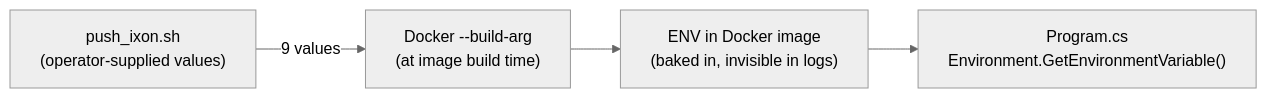
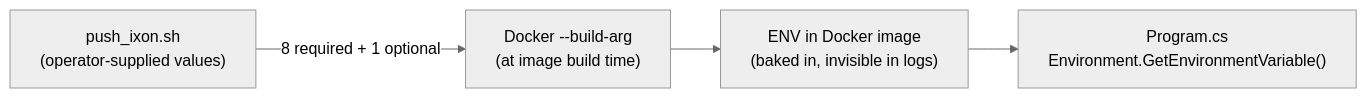
One commit to Rebel-it/rebel-ot-discover-edgeapp changed the first of 5 diagrams in docs/08_crosscutting_concepts.adoc. Above: the diagram before and after it, drawn with Mermaid (neutral theme). The commit also changed other lines of this file and 23 other files, not shown here.

```diff
--- a/docs/08_crosscutting_concepts.adoc
+++ b/docs/08_crosscutting_concepts.adoc
@@ -10,10 +10,10 @@
 [mermaid]
 ....
 flowchart LR
     ba["push_ixon.sh\n(operator-supplied values)"]
     buildarg["Docker --build-arg\n(at image build time)"]
     env["ENV in Docker image\n(baked in, invisible in logs)"]
     prog["Program.cs\nEnvironment.GetEnvironmentVariable()"]
 
-    ba -->|"9 values"| buildarg --> env --> prog
+    ba -->|"8 required + 1 optional"| buildarg --> env --> prog
 ....
```
